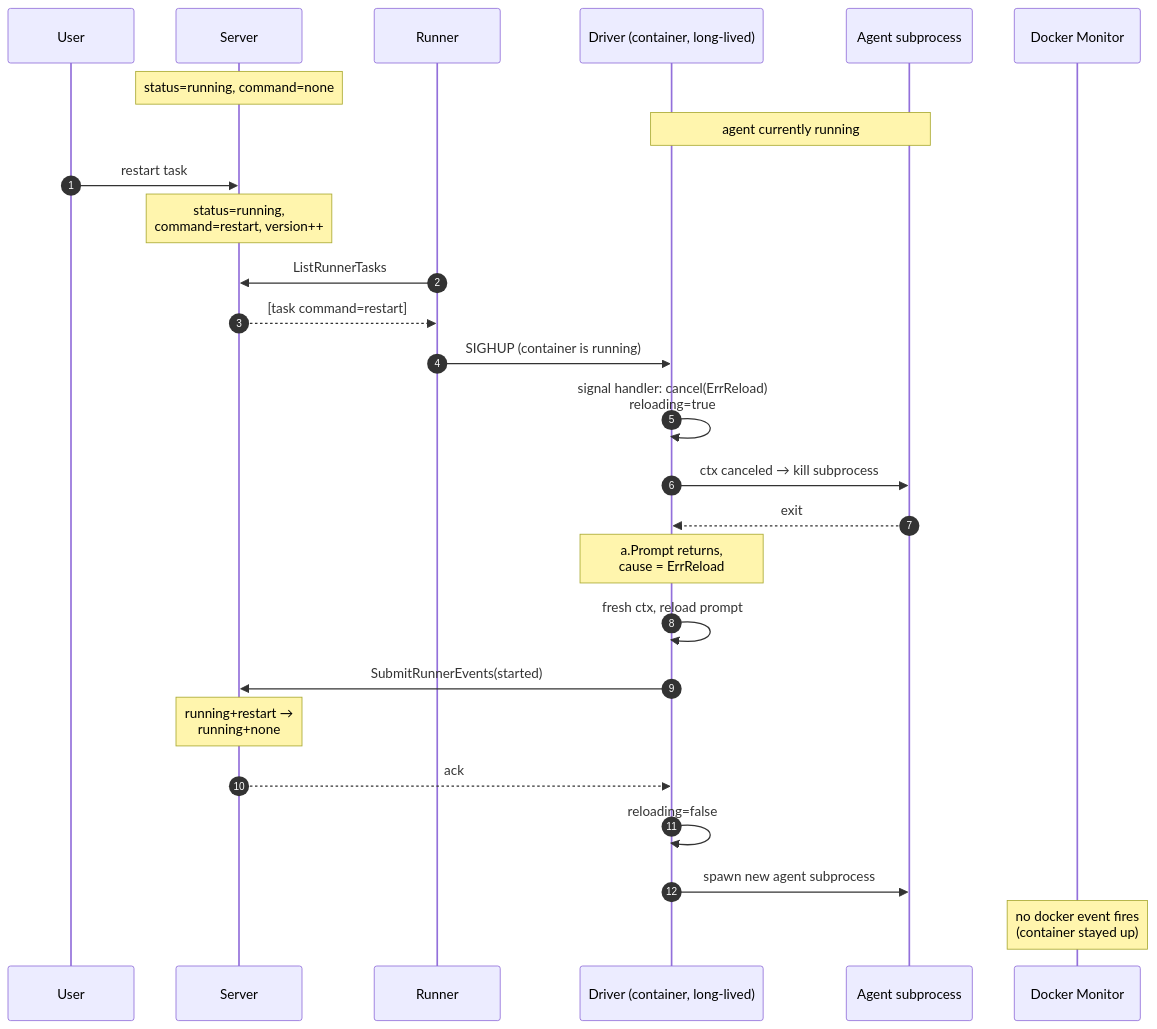
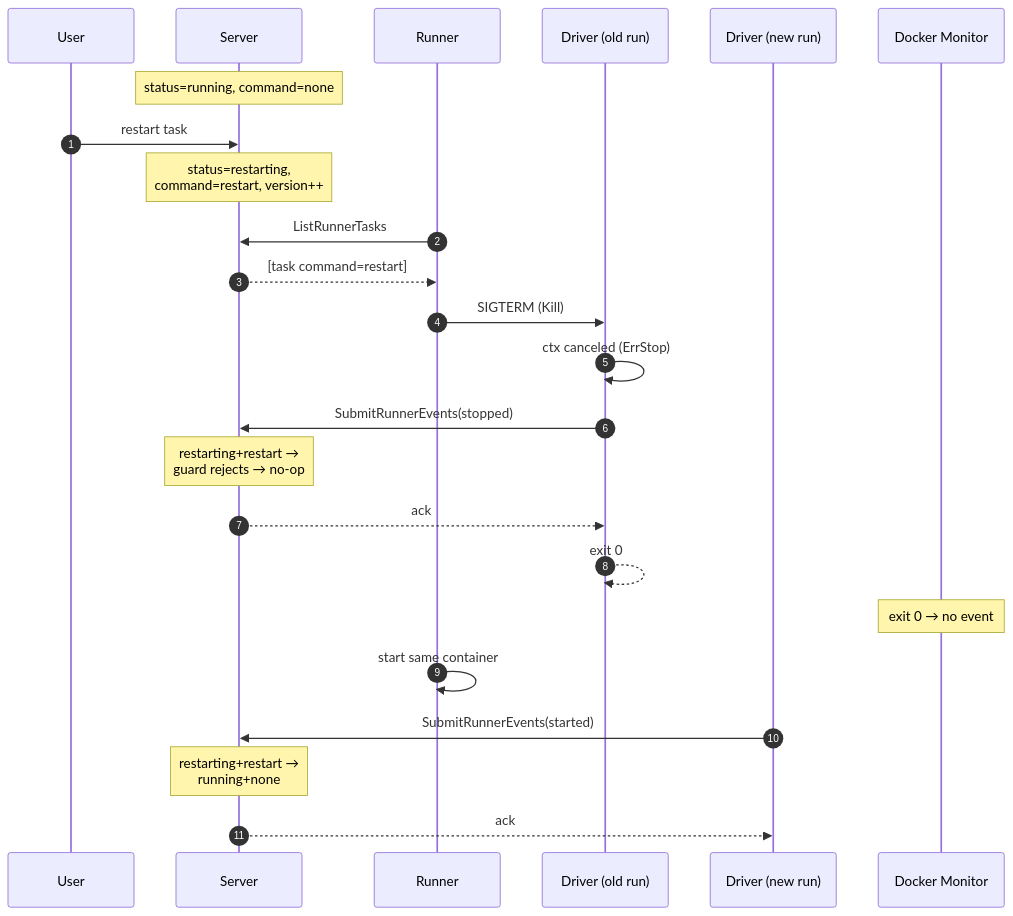
Before and after one commit to icholy/xagent: the sixth of 9 diagrams in proposals/accepted/driver-owned-events.md, drawn with Mermaid. The commit also changed other lines of this file and 2 other files, not shown here.

First line of the commit message:
proposal: simplify driver-owned-events restart to kill plus start (#933)

````diff
--- a/proposals/accepted/driver-owned-events.md
+++ b/proposals/accepted/driver-owned-events.md
@@ -270,30 +203,27 @@
 ```mermaid
 sequenceDiagram
     autonumber
     participant U as User
     participant S as Server
     participant R as Runner
-    participant D as Driver (container, long-lived)
-    participant A as Agent subprocess
+    participant D1 as Driver (old run)
+    participant D2 as Driver (new run)
     participant M as Docker Monitor
 
     Note over S: status=running, command=none
-    Note over D,A: agent currently running
     U->>S: restart task
-    Note over S: status=running,<br/>command=restart, version++
-
+    Note over S: status=restarting,<br/>command=restart, version++
     R->>S: ListRunnerTasks
     S-->>R: [task command=restart]
-    R->>D: SIGHUP (container is running)
-    D->>D: signal handler: cancel(ErrReload)<br/>reloading=true
-    D->>A: ctx canceled → kill subprocess
-    A-->>D: exit
-    Note over D: a.Prompt returns,<br/>cause = ErrReload
-    D->>D: fresh ctx, reload prompt
-    D->>S: SubmitRunnerEvents(started)
-    Note over S: running+restart →<br/>running+none
-    S-->>D: ack
-    D->>D: reloading=false
-    D->>A: spawn new agent subprocess
-    Note over M: no docker event fires<br/>(container stayed up)
+    R->>D1: SIGTERM (Kill)
+    D1->>D1: ctx canceled (ErrStop)
+    D1->>S: SubmitRunnerEvents(stopped)
+    Note over S: restarting+restart →<br/>guard rejects → no-op
+    S-->>D1: ack
+    D1-->>D1: exit 0
+    Note over M: exit 0 → no event
+    R->>R: start same container
+    D2->>S: SubmitRunnerEvents(started)
+    Note over S: restarting+restart →<br/>running+none
+    S-->>D2: ack
 ```
````
